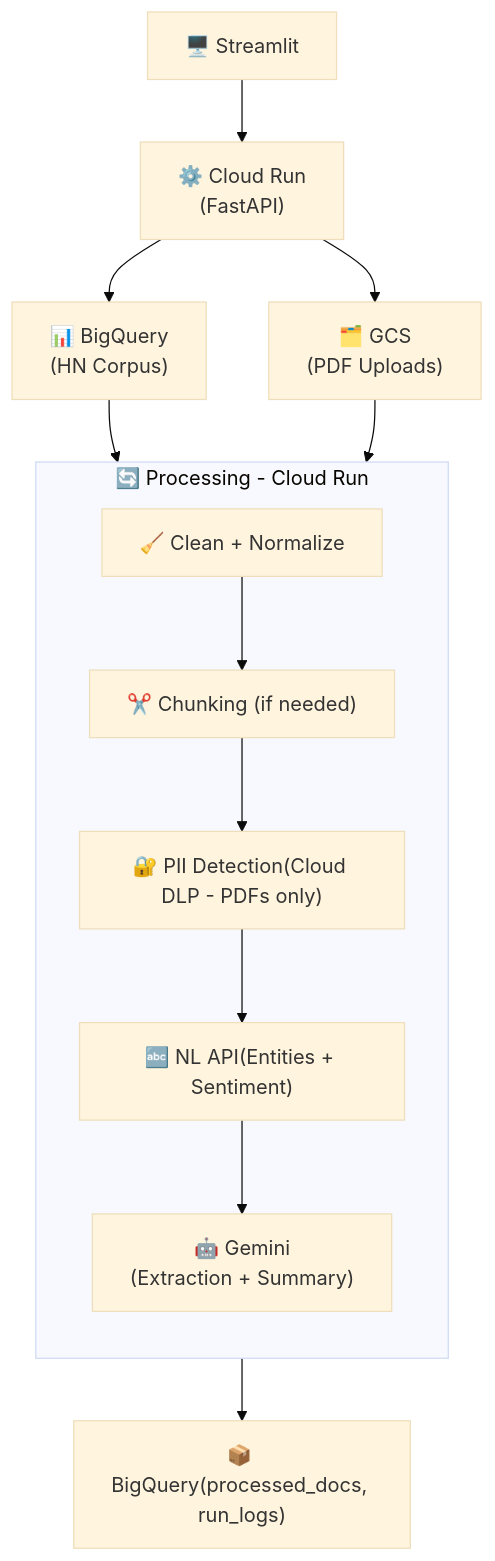
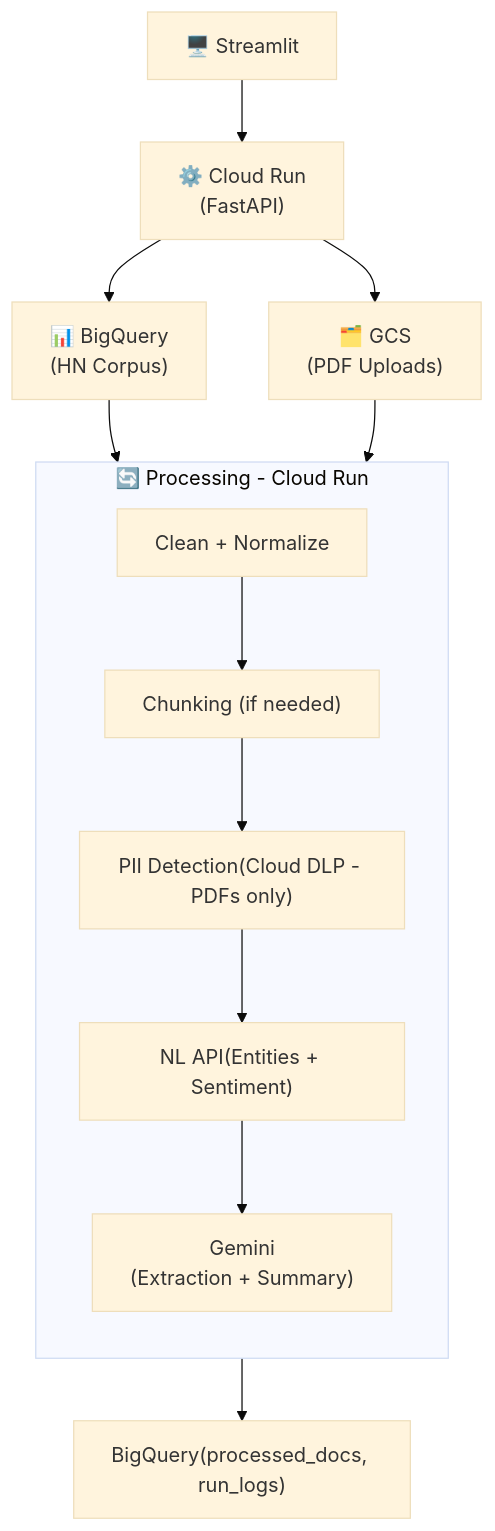
One commit to AthiraSreenath/gcp-document-intelligence-system changed the diagram in README.md. Above: the diagram before and after it, drawn with Mermaid (base theme). The commit also changed other lines of this file and 2 other files, not shown here.

````diff
--- a/README.md
+++ b/README.md
@@ -17,28 +26,28 @@
 ```mermaid
 flowchart TD
     UI["🖥️ Streamlit"]
     CR["⚙️ Cloud Run\n(FastAPI)"]
     BQ_IN["📊 BigQuery\n(HN Corpus)"]
     GCS["🗂️ GCS\n(PDF Uploads)"]
 
     subgraph PROC["🔄 Processing - Cloud Run"]
         direction TB
-        P1["🧹 Clean + Normalize"]
-        P2["✂️ Chunking (if needed)"]
-        P3["🔐 PII Detection(Cloud DLP - PDFs only)"]
-        P4["🔤 NL API(Entities + Sentiment)"]
-        P5["🤖 Gemini\n(Extraction + Summary)"]
+        P1["Clean + Normalize"]
+        P2["Chunking (if needed)"]
+        P3["PII Detection(Cloud DLP - PDFs only)"]
+        P4["NL API(Entities + Sentiment)"]
+        P5["Gemini\n(Extraction + Summary)"]
 
         P1 --> P2 --> P3 --> P4
         P4 --> P5
     end
 
-    BQ_OUT["📦 BigQuery(processed_docs, run_logs)"]
+    BQ_OUT["BigQuery(processed_docs, run_logs)"]
 
     UI --> CR
     CR --> BQ_IN
     CR --> GCS
     BQ_IN --> PROC
     GCS --> PROC
     PROC --> BQ_OUT
 ```
````
